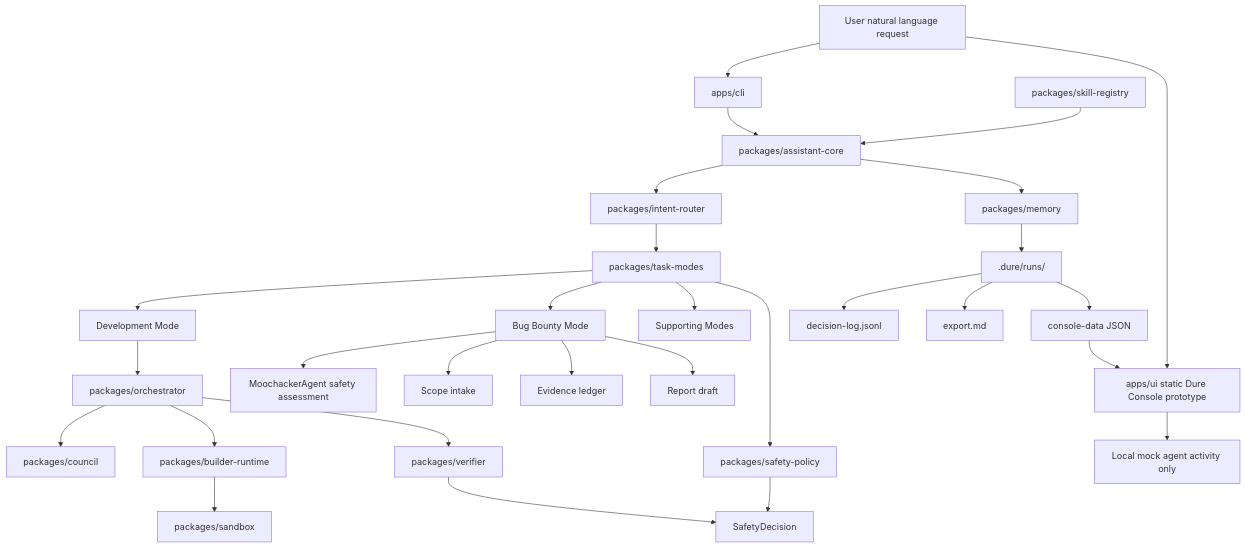
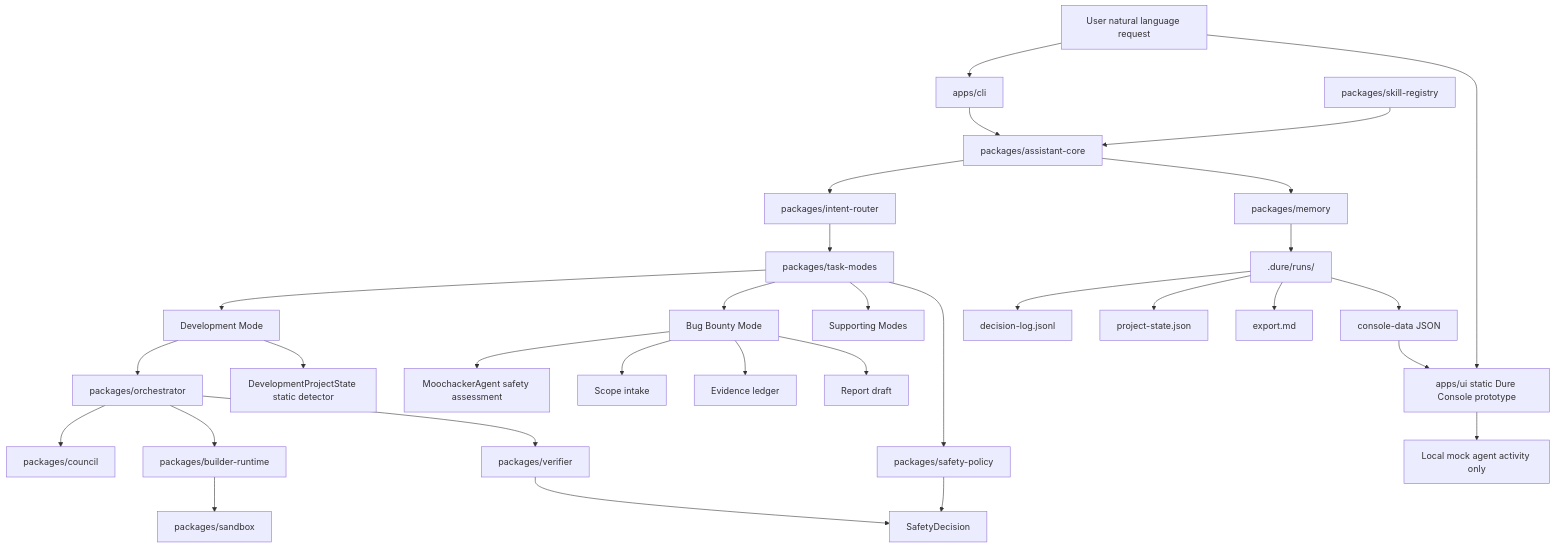
Before and after one commit to eklim23/Dure: the diagram in docs/architecture-diagram.md, drawn with Mermaid. The commit also changed other lines of this file and 15 other files, not shown here.

Commit message:
Add development project state detection

````diff
--- a/docs/architecture-diagram.md
+++ b/docs/architecture-diagram.md
@@ -3,37 +3,39 @@
 ```mermaid
 flowchart TD
   User["User natural language request"] --> CLI["apps/cli"]
   User --> UI["apps/ui static Dure Console prototype"]
   UI --> UIState["Local mock agent activity only"]
   CLI --> AssistantCore["packages/assistant-core"]
   AssistantCore --> IntentRouter["packages/intent-router"]
   IntentRouter --> TaskModes["packages/task-modes"]
 
   TaskModes --> Development["Development Mode"]
   TaskModes --> BugBounty["Bug Bounty Mode"]
   TaskModes --> Supporting["Supporting Modes"]
 
   Development --> Orchestrator["packages/orchestrator"]
+  Development --> ProjectState["DevelopmentProjectState static detector"]
   Orchestrator --> Council["packages/council"]
   Orchestrator --> BuilderRuntime["packages/builder-runtime"]
   BuilderRuntime --> Sandbox["packages/sandbox"]
   Orchestrator --> Verifier["packages/verifier"]
 
   BugBounty --> Moochacker["MoochackerAgent safety assessment"]
   BugBounty --> Scope["Scope intake"]
   BugBounty --> Evidence["Evidence ledger"]
   BugBounty --> Report["Report draft"]
 
   TaskModes --> SafetyPolicy["packages/safety-policy"]
   SafetyPolicy --> SafetyDecision["SafetyDecision"]
   Verifier --> SafetyDecision
 
   AssistantCore --> Memory["packages/memory"]
   Memory --> Runs[".dure/runs/<run-id>"]
   Runs --> DecisionLog["decision-log.jsonl"]
+  Runs --> ProjectStateJson["project-state.json"]
   Runs --> Export["export.md"]
   Runs --> ConsoleData["console-data JSON"]
   ConsoleData --> UI
 
   SkillRegistry["packages/skill-registry"] --> AssistantCore
 ```
````
